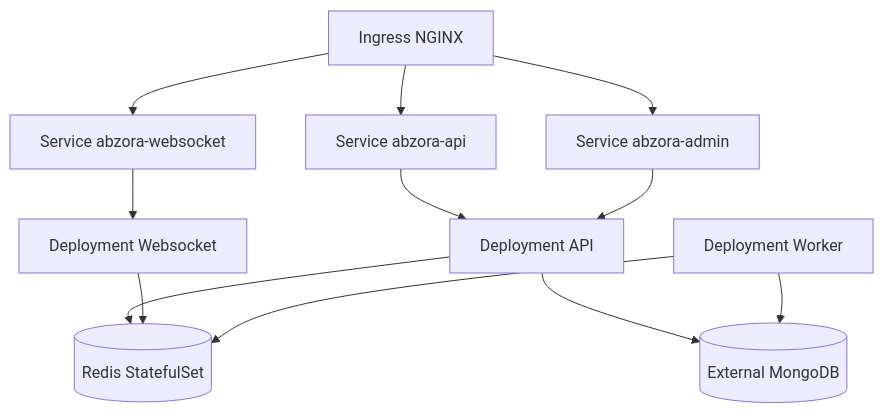
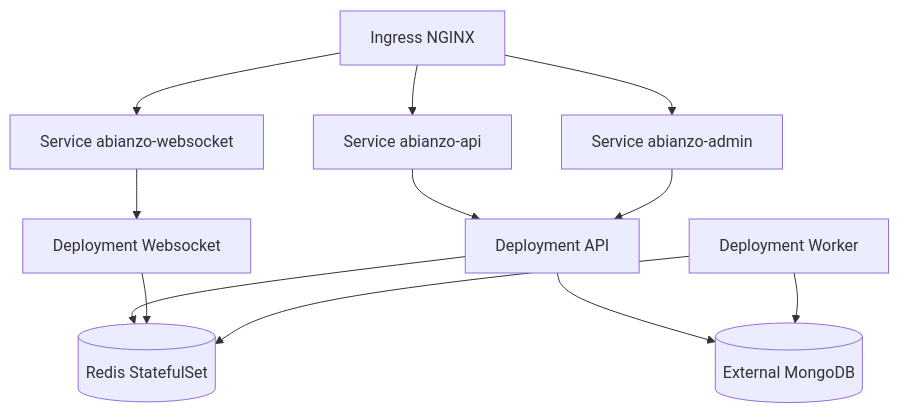
The sixth of 7 diagrams in docs/technical/notion/diagrams/architecture-diagrams.md (4bdulrahmaaaan-bit/abzora-admin), drawn with Mermaid before and after one commit. The commit also changed 33 other files, not shown here.

````diff
--- a/docs/technical/notion/diagrams/architecture-diagrams.md
+++ b/docs/technical/notion/diagrams/architecture-diagrams.md
@@ -85,14 +85,14 @@
 ```mermaid
 graph TD
-  ING[Ingress NGINX] --> APISVC[Service abzora-api]
-  ING --> WSSVC[Service abzora-websocket]
-  ING --> ADMSVC[Service abzora-admin]
+  ING[Ingress NGINX] --> APISVC[Service abianzo-api]
+  ING --> WSSVC[Service abianzo-websocket]
+  ING --> ADMSVC[Service abianzo-admin]
   APISVC --> APIPOD[Deployment API]
   WSSVC --> WSPOD[Deployment Websocket]
   ADMSVC --> APIPOD
   APIPOD --> REDIS[(Redis StatefulSet)]
   WSPOD --> REDIS
   WRK[Deployment Worker] --> REDIS
   APIPOD --> MDB[(External MongoDB)]
   WRK --> MDB
 ```
````
